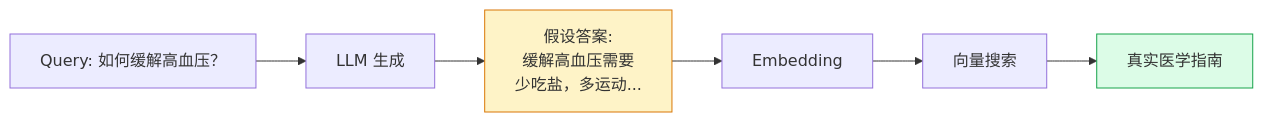
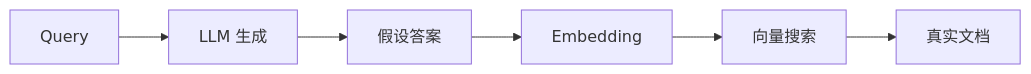
One commit to likebeans/notes-on-llms changed the eighth of 9 diagrams in docs/llms/rag/index.md. Above: the diagram before and after it, drawn with Mermaid. The commit also changed other lines of this file and 2 other files, not shown here.

Commit message:
feat: 添加 Mermaid 流程图支持并优化样式

````diff
--- a/docs/llms/rag/index.md
+++ b/docs/llms/rag/index.md
@@ -424,11 +354,4 @@
 ```mermaid
 flowchart LR
-    Q[Query: 如何缓解高血压？] --> LLM[LLM 生成]
-    LLM --> H[假设答案:<br>缓解高血压需要<br>少吃盐，多运动...]
-    H --> E[Embedding]
-    E --> S[向量搜索]
-    S --> D[真实医学指南]
-    
-    style H fill:#fef3c7,stroke:#d97706
-    style D fill:#dcfce7,stroke:#16a34a
+    Q[Query] --> LLM[LLM 生成] --> H[假设答案] --> E[Embedding] --> S[向量搜索] --> D[真实文档]
 ```
````
